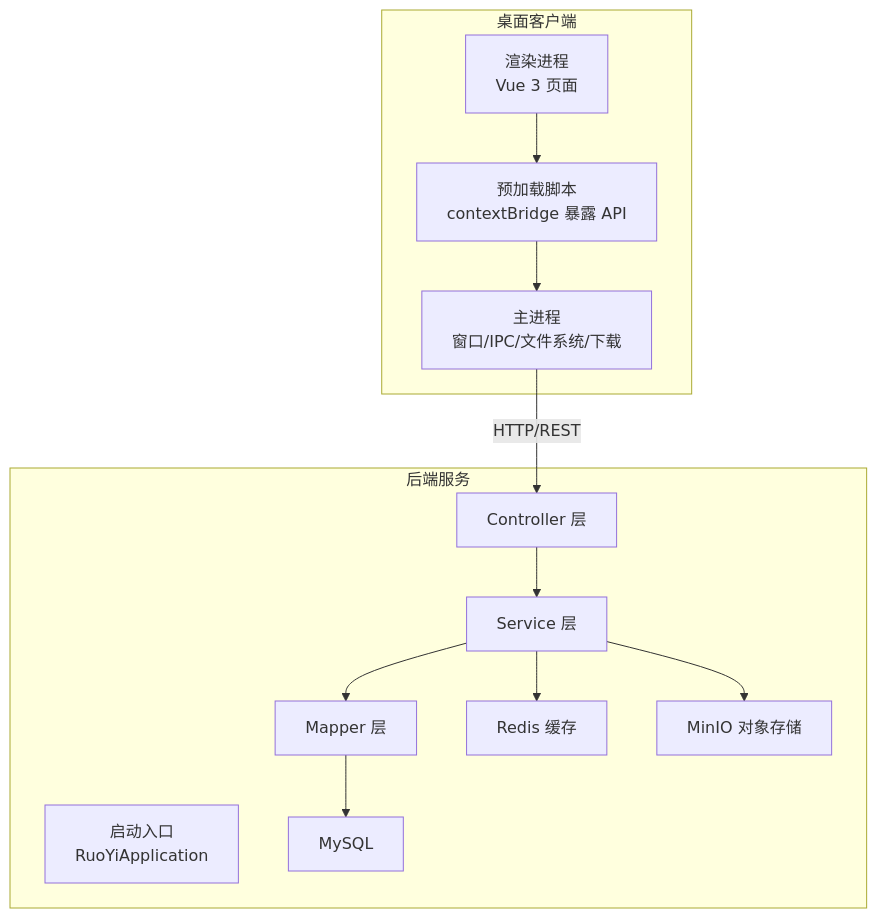
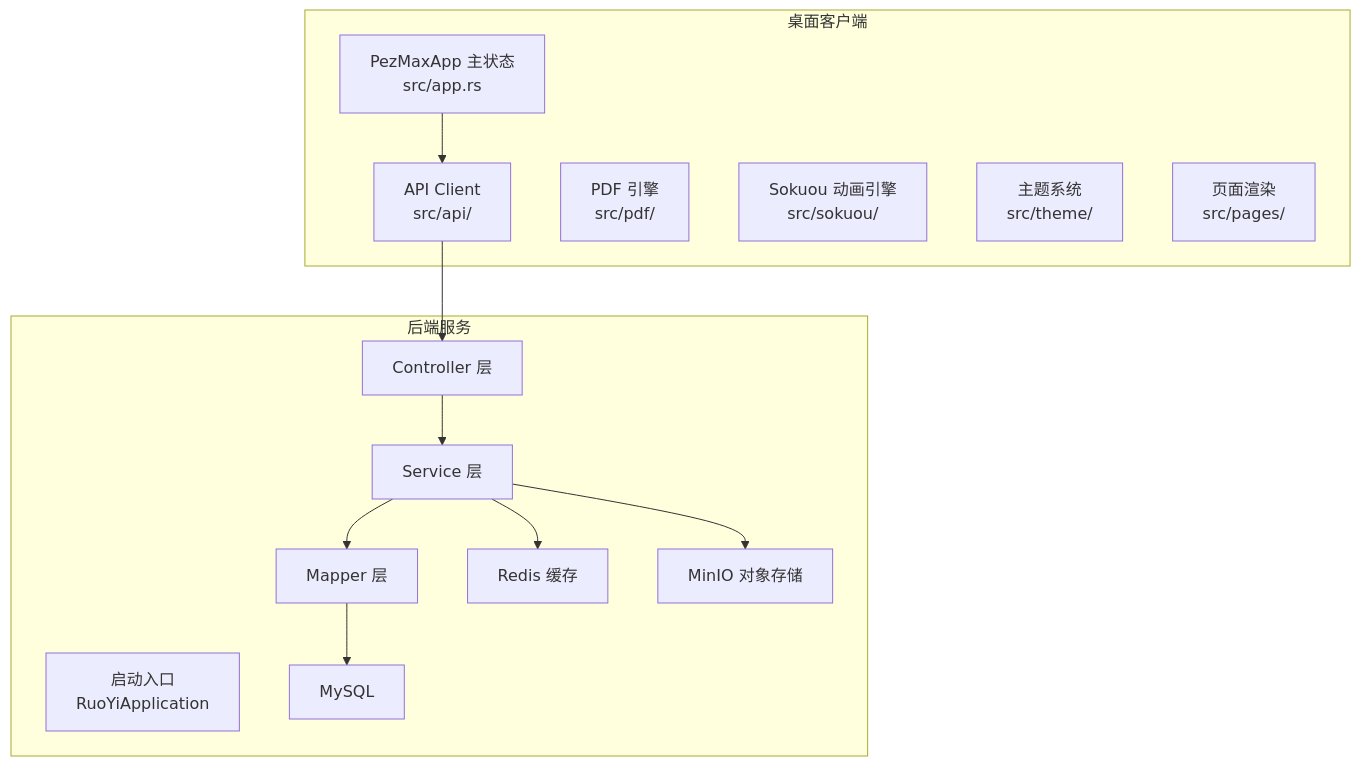
The first of 3 diagrams in repowiki/zh/content/系统架构设计/系统架构设计.md (PezMax/PezMax-One), drawn with Mermaid before and after one commit. The commit also changed other lines of this file and 12 other files, not shown here.

````diff
--- a/repowiki/zh/content/系统架构设计/系统架构设计.md
+++ b/repowiki/zh/content/系统架构设计/系统架构设计.md
@@ -34,25 +33,27 @@
 ```mermaid
 graph TB
 subgraph "桌面客户端"
-R["渲染进程<br/>Vue 3 页面"]
-P["预加载脚本<br/>contextBridge 暴露 API"]
-M["主进程<br/>窗口/IPC/文件系统/下载"]
+A["PezMaxApp 主状态<br/>src/app.rs"]
+B["API Client<br/>src/api/"]
+C["PDF 引擎<br/>src/pdf/"]
+D["Sokuou 动画引擎<br/>src/sokuou/"]
+E["主题系统<br/>src/theme/"]
+F["页面渲染<br/>src/pages/"]
 end
 subgraph "后端服务"
-A["启动入口<br/>RuoYiApplication"]
-C["Controller 层"]
-S["Service 层"]
-D["Mapper 层"]
-DB["MySQL"]
-REDIS["Redis 缓存"]
-MINIO["MinIO 对象存储"]
+G["启动入口<br/>RuoYiApplication"]
+H["Controller 层"]
+I["Service 层"]
+J["Mapper 层"]
+K["MySQL"]
+L["Redis 缓存"]
+M["MinIO 对象存储"]
 end
-R --> P
-P --> M
-M --> |"HTTP/REST"| C
-C --> S
-S --> D
-D --> DB
-S --> REDIS
-S --> MINIO
+A --> B
+B --> H
+H --> I
+I --> J
+J --> K
+I --> L
+I --> M
 ```
````
